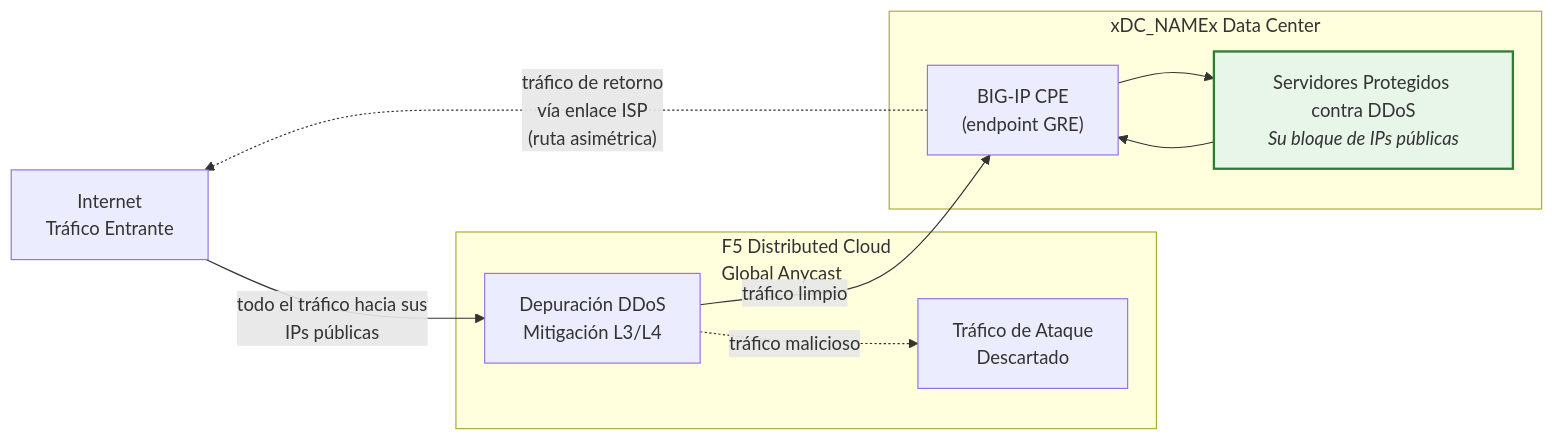
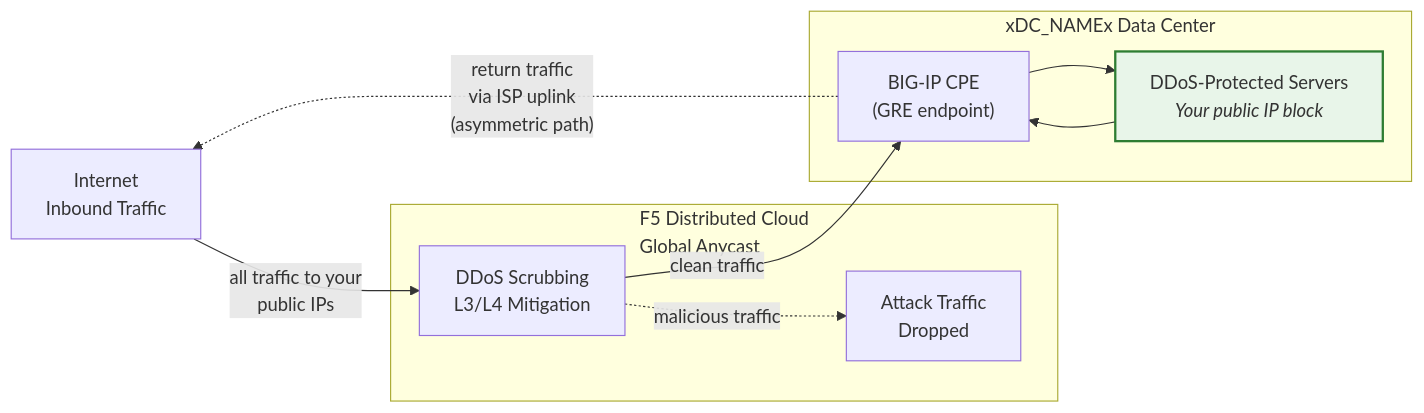
Before and after one commit to f5-sales-demo/ddos: the first of 2 diagrams in docs/es/overview.mdx, drawn with Mermaid. The commit also changed other lines of this file and 89 other files, not shown here.

````diff
--- a/docs/es/overview.mdx
+++ b/docs/es/overview.mdx
@@ -21,23 +21,23 @@
 ```mermaid
 flowchart LR
-    INET["Internet<br/>Tráfico Entrante"]
+    INET["Internet<br/>Inbound Traffic"]
 
     subgraph XC["F5 Distributed Cloud<br/>Global Anycast"]
-        SCRUB["Depuración DDoS<br/>Mitigación L3/L4"]
-        DROP["Tráfico de Ataque<br/>Descartado"]
+        SCRUB["DDoS Scrubbing<br/>L3/L4 Mitigation"]
+        DROP["Attack Traffic<br/>Dropped"]
     end
 
     subgraph DC["xDC_NAMEx Data Center"]
-        BIGIP["BIG-IP CPE<br/>(endpoint GRE)"]
-        SERVERS["Servidores Protegidos contra DDoS<br/><i>Su bloque de IPs públicas</i>"]
+        BIGIP["BIG-IP CPE<br/>(GRE endpoint)"]
+        SERVERS["DDoS-Protected Servers<br/><i>Your public IP block</i>"]
     end
 
-    INET -->|"todo el tráfico hacia sus<br/>IPs públicas"| SCRUB
-    SCRUB -->|"tráfico limpio"| BIGIP
-    SCRUB -.->|"tráfico malicioso"| DROP
+    INET -->|"all traffic to your<br/>public IPs"| SCRUB
+    SCRUB -->|"clean traffic"| BIGIP
+    SCRUB -.->|"malicious traffic"| DROP
     BIGIP --> SERVERS
     SERVERS --> BIGIP
-    BIGIP -.->|"tráfico de retorno<br/>vía enlace ISP<br/>(ruta asimétrica)"| INET
+    BIGIP -.->|"return traffic<br/>via ISP uplink<br/>(asymmetric path)"| INET
 
     style SERVERS fill:#e8f5e9,stroke:#2e7d32,stroke-width:2px
 ```
````
